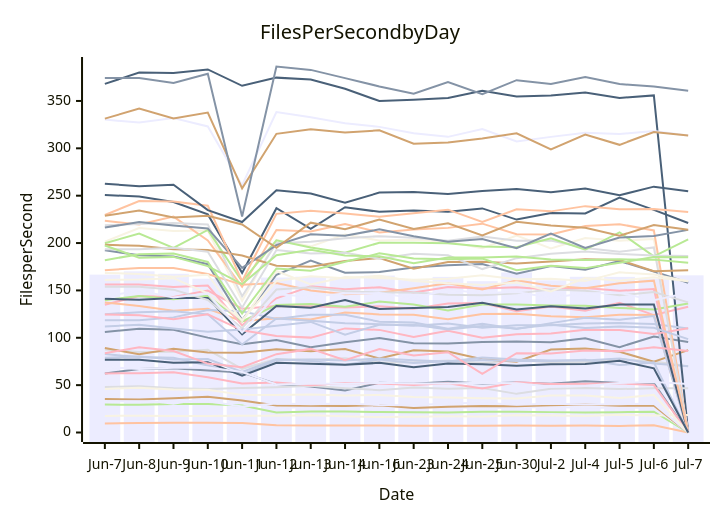
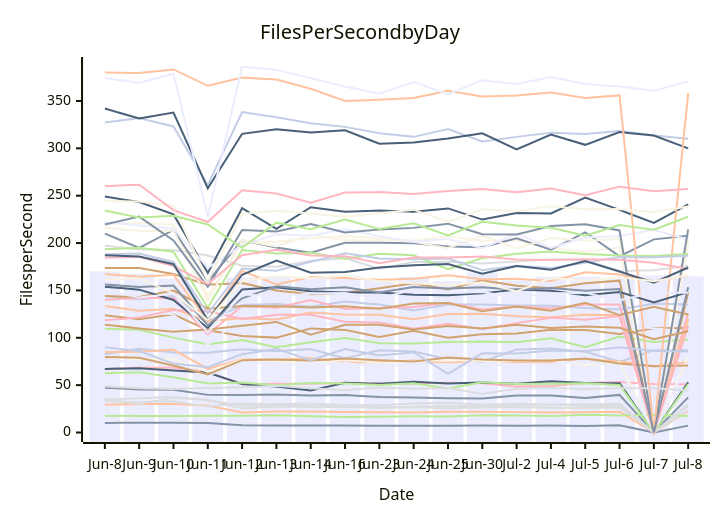
The diagram in perf-report.md (streetsidesoftware/cspell), drawn with Mermaid before and after one commit. The commit also changed other lines of this file and 1 other file, not shown here.

````diff
--- a/perf-report.md
+++ b/perf-report.md
@@ -10,57 +10,57 @@
 ```mermaid
 xychart-beta
     title Files Per Second by Day
     y-axis Files per Second
-    x-axis Date [Jun-7, Jun-8, Jun-9, Jun-10, Jun-11, Jun-12, Jun-13, Jun-14, Jun-16, Jun-23, Jun-24, Jun-25, Jun-30, Jul-2, Jul-4, Jul-5, Jul-6, Jul-7]
-    bar [166.67, 170.13, 167.55, 162.35, 108.94, 163.62, 164.52, 162.91, 165.65, 161.06, 164.28, 159.75, 168.95, 160.66, 164.38, 164.27, 162.48, 165.90]
-    line [106.22, 109.49, 108.40, 100.17, 93.09, 97.72, 89.92, 95.33, 99.63, 94.35, 94.02, 95.44, 96.15, 95.34, 99.55, 90.07, 101.41, 95.54]
-    line [9.49, 10.16, 10.41, 10.23, 10.15, 7.58, 7.35, 7.42, 7.28, 7.12, 7.22, 7.17, 7.37, 7.23, 7.36, 6.99, 7.61, 0.00]
-    line [87.59, 84.94, 85.33, 87.27, 67.23, 77.70, 76.81, 78.39, 74.00, 74.26, 76.13, 73.45, 76.23, 74.07, 74.35, 77.62, 75.07, 70.03]
-    line [29.49, 29.31, 30.11, 30.11, 28.55, 21.08, 22.04, 22.18, 21.66, 21.30, 21.15, 22.00, 21.90, 21.51, 21.13, 21.43, 22.00, 0.00]
-    line [89.11, 82.67, 88.45, 84.36, 84.11, 87.88, 85.81, 88.09, 78.16, 86.88, 85.49, 77.34, 74.76, 87.51, 88.59, 85.26, 74.62, 86.95]
-    line [82.81, 79.64, 79.01, 70.82, 61.30, 76.37, 77.13, 76.03, 78.06, 76.22, 74.88, 79.14, 76.99, 75.88, 76.09, 78.08, 72.78, 69.82]
-    line [134.96, 144.03, 143.02, 149.83, 130.69, 133.43, 133.31, 131.91, 133.18, 130.59, 136.24, 136.67, 127.99, 132.91, 128.52, 136.97, 123.97, 132.77]
-    line [368.01, 380.10, 379.55, 383.29, 365.99, 374.63, 372.72, 362.93, 349.94, 351.35, 353.13, 360.69, 354.83, 355.80, 359.03, 353.22, 355.88, 0.00]
-    line [17.51, 17.66, 17.41, 17.50, 17.71, 17.68, 18.34, 17.12, 16.25, 16.59, 17.11, 17.00, 18.16, 17.94, 17.30, 18.64, 18.07, 18.36]
-    line [33.08, 34.79, 30.45, 36.74, 34.61, 25.22, 27.49, 26.99, 26.84, 26.60, 26.95, 25.71, 26.35, 26.84, 26.11, 26.06, 26.52, 0.00]
-    line [62.38, 67.14, 67.89, 65.57, 63.26, 51.25, 48.63, 44.36, 52.41, 51.44, 53.68, 51.84, 52.69, 51.50, 53.98, 52.25, 52.09, 0.00]
-    line [137.33, 133.44, 128.55, 130.54, 117.59, 120.60, 119.36, 126.68, 124.68, 124.29, 119.55, 125.16, 125.39, 122.70, 121.73, 124.30, 123.97, 0.00]
-    line [48.02, 48.77, 46.64, 45.94, 46.92, 47.88, 49.42, 46.70, 44.72, 47.61, 46.18, 46.86, 40.79, 46.17, 47.03, 45.86, 46.70, 46.74]
-    line [139.73, 144.07, 140.57, 144.39, 117.16, 134.67, 135.55, 132.71, 138.18, 135.01, 128.78, 135.00, 135.05, 134.05, 133.73, 131.56, 129.78, 136.12]
-    line [35.30, 34.77, 36.25, 37.82, 33.71, 28.61, 28.16, 28.05, 28.76, 25.82, 27.29, 28.03, 27.82, 28.74, 29.48, 28.36, 28.34, 0.00]
-    line [124.88, 126.90, 127.99, 124.73, 92.95, 120.36, 118.07, 115.35, 114.38, 112.71, 115.12, 110.67, 113.20, 113.18, 115.07, 115.63, 114.45, 109.79]
-    line [62.31, 62.61, 63.50, 58.41, 51.82, 52.68, 49.85, 52.20, 51.85, 50.23, 51.87, 46.40, 53.06, 51.19, 51.40, 51.86, 50.10, 0.00]
-    line [250.72, 249.07, 243.35, 230.21, 168.52, 236.78, 215.01, 237.87, 232.93, 234.34, 233.01, 236.58, 224.78, 231.59, 231.28, 247.94, 235.03, 221.17]
-    line [201.57, 215.78, 212.77, 213.18, 139.00, 202.99, 196.51, 209.12, 202.60, 203.46, 201.26, 194.60, 207.89, 194.40, 205.29, 202.49, 204.26, 0.00]
-    line [32.77, 33.08, 31.95, 32.91, 27.58, 30.74, 29.76, 30.63, 29.07, 28.80, 30.64, 31.41, 29.25, 30.37, 29.62, 29.89, 30.35, 0.00]
-    line [192.45, 187.05, 185.74, 177.64, 118.63, 166.53, 181.43, 168.60, 169.42, 174.24, 176.57, 177.80, 167.68, 175.75, 171.75, 180.95, 169.97, 158.13]
-    line [223.48, 219.68, 227.92, 202.72, 153.79, 213.73, 212.23, 220.18, 211.27, 214.37, 216.02, 220.47, 209.37, 208.94, 217.94, 219.88, 213.33, 0.00]
-    line [218.89, 220.13, 221.21, 219.70, 143.90, 199.78, 201.47, 205.17, 207.22, 205.60, 202.43, 207.02, 202.54, 202.72, 194.67, 190.86, 195.33, 0.00]
-    line [199.83, 209.95, 194.96, 213.85, 159.52, 202.89, 195.38, 189.84, 200.33, 200.19, 199.73, 196.39, 195.67, 205.11, 192.90, 211.35, 185.93, 203.88]
-    line [198.16, 197.09, 193.40, 192.55, 186.93, 176.04, 174.92, 181.06, 184.11, 172.84, 180.05, 180.38, 178.52, 180.47, 182.90, 182.10, 170.31, 171.39]
-    line [118.40, 118.39, 121.53, 129.30, 127.90, 119.77, 124.29, 124.35, 117.01, 116.01, 109.65, 114.81, 109.29, 115.47, 121.09, 119.06, 122.86, 0.00]
-    line [156.27, 156.23, 153.60, 155.11, 113.07, 141.70, 154.36, 151.21, 153.33, 147.83, 153.51, 152.15, 153.26, 150.82, 152.56, 149.61, 151.37, 0.00]
-    line [141.18, 140.04, 142.05, 141.88, 103.59, 133.58, 131.67, 139.76, 130.35, 131.39, 132.60, 136.92, 129.95, 133.16, 130.87, 135.23, 135.13, 0.00]
-    line [46.01, 47.36, 45.48, 45.06, 39.72, 39.47, 40.00, 39.07, 39.70, 37.48, 36.99, 36.10, 35.86, 38.94, 38.99, 36.38, 39.71, 0.00]
-    line [330.40, 327.16, 331.90, 323.14, 261.07, 338.35, 332.69, 326.37, 322.64, 316.02, 312.10, 320.45, 307.34, 312.08, 316.35, 315.20, 318.22, 313.66]
-    line [216.34, 222.20, 218.63, 215.45, 173.74, 197.78, 209.33, 207.61, 214.45, 207.28, 201.26, 204.34, 194.65, 210.00, 194.85, 205.89, 207.36, 213.92]
-    line [171.37, 173.71, 173.55, 167.26, 155.87, 157.93, 149.82, 145.84, 147.63, 152.29, 157.67, 151.07, 160.69, 154.94, 152.23, 157.47, 160.32, 0.00]
-    line [193.46, 193.48, 195.01, 190.90, 131.77, 192.67, 189.08, 189.64, 183.39, 188.80, 187.17, 172.53, 184.06, 188.67, 191.18, 188.53, 186.82, 186.30]
-    line [197.42, 184.56, 185.39, 175.70, 156.70, 187.10, 192.94, 186.79, 186.02, 178.80, 184.67, 184.84, 185.79, 182.56, 182.17, 182.82, 182.50, 179.12]
-    line [331.37, 341.98, 331.53, 337.68, 257.72, 315.29, 320.05, 316.70, 318.97, 304.83, 306.07, 310.41, 315.81, 298.93, 314.56, 303.69, 317.11, 313.48]
-    line [78.81, 80.33, 77.10, 77.48, 64.05, 77.39, 75.61, 71.46, 77.16, 73.34, 75.14, 76.59, 75.51, 75.45, 76.79, 71.21, 73.99, 0.00]
-    line [124.65, 123.68, 119.64, 124.80, 107.83, 101.96, 100.16, 109.91, 108.33, 100.84, 107.27, 100.09, 103.62, 104.63, 108.43, 108.27, 103.96, 110.08]
-    line [76.71, 76.80, 73.74, 74.27, 59.93, 73.62, 72.46, 71.40, 73.58, 68.82, 72.77, 72.13, 70.38, 72.17, 72.40, 75.76, 67.72, 0.00]
-    line [168.50, 167.45, 164.46, 166.51, 117.60, 170.47, 156.38, 164.16, 163.15, 161.29, 162.24, 165.87, 161.72, 162.26, 159.82, 169.05, 166.75, 159.60]
-    line [69.17, 67.00, 68.40, 68.60, 63.88, 50.72, 51.41, 51.47, 52.39, 51.73, 51.82, 52.39, 52.00, 48.43, 49.22, 52.34, 53.26, 51.10]
-    line [374.25, 374.25, 369.07, 378.68, 227.98, 386.38, 382.81, 374.09, 365.35, 357.60, 370.08, 357.07, 371.96, 367.90, 375.27, 367.85, 365.20, 360.83]
-    line [229.58, 244.42, 243.79, 239.33, 159.65, 230.81, 234.11, 231.13, 227.87, 231.36, 235.26, 222.40, 235.59, 233.45, 238.97, 235.75, 235.89, 232.86]
-    line [153.74, 153.91, 150.81, 139.91, 110.07, 150.95, 153.45, 149.19, 147.76, 147.78, 145.47, 144.87, 146.87, 151.06, 149.73, 144.88, 148.36, 137.35]
-    line [181.92, 188.23, 188.91, 180.00, 125.49, 173.22, 170.75, 180.24, 189.10, 183.71, 182.95, 183.62, 171.28, 176.05, 173.54, 179.14, 185.15, 184.99]
-    line [228.84, 234.29, 227.02, 228.77, 219.57, 195.02, 221.53, 214.60, 224.77, 214.79, 220.92, 207.92, 222.39, 218.49, 216.06, 207.77, 218.95, 214.11]
-    line [111.90, 113.82, 109.84, 106.42, 108.66, 112.63, 116.73, 103.14, 113.74, 113.71, 108.86, 112.34, 109.73, 113.68, 110.37, 111.97, 110.64, 98.54]
-    line [83.72, 89.94, 85.93, 72.73, 68.90, 82.72, 88.26, 76.41, 88.08, 81.29, 84.76, 61.88, 83.73, 83.48, 86.69, 85.83, 89.91, 85.92]
-    line [262.59, 260.07, 261.63, 234.80, 222.16, 255.69, 252.37, 242.53, 253.26, 253.77, 251.67, 255.05, 257.07, 253.64, 257.67, 250.47, 259.54, 254.67]
-    line [160.99, 161.40, 162.90, 146.98, 118.64, 159.81, 164.92, 162.77, 165.48, 159.81, 157.56, 155.70, 158.25, 148.90, 163.02, 160.27, 163.84, 159.78]
-    line [143.52, 149.79, 142.40, 146.80, 105.67, 145.87, 143.36, 146.61, 147.23, 141.81, 150.65, 147.20, 148.34, 142.33, 146.88, 147.38, 139.67, 147.57]
+    x-axis Date [Jun-8, Jun-9, Jun-10, Jun-11, Jun-12, Jun-13, Jun-14, Jun-16, Jun-23, Jun-24, Jun-25, Jun-30, Jul-2, Jul-4, Jul-5, Jul-6, Jul-7, Jul-8]
+    bar [170.13, 167.55, 162.35, 108.94, 163.62, 164.52, 162.91, 165.65, 161.06, 164.28, 159.75, 168.95, 160.66, 164.38, 164.27, 162.48, 165.90, 164.83]
+    line [10.16, 10.41, 10.23, 10.15, 7.58, 7.35, 7.42, 7.28, 7.12, 7.22, 7.17, 7.37, 7.23, 7.36, 6.99, 7.61, 0.00, 7.24]
+    line [29.31, 30.11, 30.11, 28.55, 21.08, 22.04, 22.18, 21.66, 21.30, 21.15, 22.00, 21.90, 21.51, 21.13, 21.43, 22.00, 0.00, 22.72]
+    line [34.79, 30.45, 36.74, 34.61, 25.22, 27.49, 26.99, 26.84, 26.60, 26.95, 25.71, 26.35, 26.84, 26.11, 26.06, 26.52, 0.00, 23.76]
+    line [109.49, 108.40, 100.17, 93.09, 97.72, 89.92, 95.33, 99.63, 94.35, 94.02, 95.44, 96.15, 95.34, 99.55, 90.07, 101.41, 95.54, 98.21]
+    line [123.68, 119.64, 124.80, 107.83, 101.96, 100.16, 109.91, 108.33, 100.84, 107.27, 100.09, 103.62, 104.63, 108.43, 108.27, 103.96, 110.08, 110.20]
+    line [82.67, 88.45, 84.36, 84.11, 87.88, 85.81, 88.09, 78.16, 86.88, 85.49, 77.34, 74.76, 87.51, 88.59, 85.26, 74.62, 86.95, 86.80]
+    line [67.00, 68.40, 68.60, 63.88, 50.72, 51.41, 51.47, 52.39, 51.73, 51.82, 52.39, 52.00, 48.43, 49.22, 52.34, 53.26, 51.10, 50.86]
+    line [67.14, 67.89, 65.57, 63.26, 51.25, 48.63, 44.36, 52.41, 51.44, 53.68, 51.84, 52.69, 51.50, 53.98, 52.25, 52.09, 0.00, 53.03]
+    line [220.13, 221.21, 219.70, 143.90, 199.78, 201.47, 205.17, 207.22, 205.60, 202.43, 207.02, 202.54, 202.72, 194.67, 190.86, 195.33, 0.00, 197.97]
+    line [126.90, 127.99, 124.73, 92.95, 120.36, 118.07, 115.35, 114.38, 112.71, 115.12, 110.67, 113.20, 113.18, 115.07, 115.63, 114.45, 109.79, 106.87]
+    line [47.36, 45.48, 45.06, 39.72, 39.47, 40.00, 39.07, 39.70, 37.48, 36.99, 36.10, 35.86, 38.94, 38.99, 36.38, 39.71, 0.00, 37.09]
+    line [84.94, 85.33, 87.27, 67.23, 77.70, 76.81, 78.39, 74.00, 74.26, 76.13, 73.45, 76.23, 74.07, 74.35, 77.62, 75.07, 70.03, 74.46]
+    line [197.09, 193.40, 192.55, 186.93, 176.04, 174.92, 181.06, 184.11, 172.84, 180.05, 180.38, 178.52, 180.47, 182.90, 182.10, 170.31, 171.39, 176.15]
+    line [17.66, 17.41, 17.50, 17.71, 17.68, 18.34, 17.12, 16.25, 16.59, 17.11, 17.00, 18.16, 17.94, 17.30, 18.64, 18.07, 18.36, 17.45]
+    line [173.71, 173.55, 167.26, 155.87, 157.93, 149.82, 145.84, 147.63, 152.29, 157.67, 151.07, 160.69, 154.94, 152.23, 157.47, 160.32, 0.00, 147.14]
+    line [144.07, 140.57, 144.39, 117.16, 134.67, 135.55, 132.71, 138.18, 135.01, 128.78, 135.00, 135.05, 134.05, 133.73, 131.56, 129.78, 136.12, 135.18]
+    line [140.04, 142.05, 141.88, 103.59, 133.58, 131.67, 139.76, 130.35, 131.39, 132.60, 136.92, 129.95, 133.16, 130.87, 135.23, 135.13, 0.00, 126.22]
+    line [249.07, 243.35, 230.21, 168.52, 236.78, 215.01, 237.87, 232.93, 234.34, 233.01, 236.58, 224.78, 231.59, 231.28, 247.94, 235.03, 221.17, 240.95]
+    line [80.33, 77.10, 77.48, 64.05, 77.39, 75.61, 71.46, 77.16, 73.34, 75.14, 76.59, 75.51, 75.45, 76.79, 71.21, 73.99, 0.00, 79.33]
+    line [76.80, 73.74, 74.27, 59.93, 73.62, 72.46, 71.40, 73.58, 68.82, 72.77, 72.13, 70.38, 72.17, 72.40, 75.76, 67.72, 0.00, 74.05]
+    line [209.95, 194.96, 213.85, 159.52, 202.89, 195.38, 189.84, 200.33, 200.19, 199.73, 196.39, 195.67, 205.11, 192.90, 211.35, 185.93, 203.88, 207.58]
+    line [133.44, 128.55, 130.54, 117.59, 120.60, 119.36, 126.68, 124.68, 124.29, 119.55, 125.16, 125.39, 122.70, 121.73, 124.30, 123.97, 0.00, 119.80]
+    line [34.77, 36.25, 37.82, 33.71, 28.61, 28.16, 28.05, 28.76, 25.82, 27.29, 28.03, 27.82, 28.74, 29.48, 28.36, 28.34, 0.00, 27.98]
+    line [62.61, 63.50, 58.41, 51.82, 52.68, 49.85, 52.20, 51.85, 50.23, 51.87, 46.40, 53.06, 51.19, 51.40, 51.86, 50.10, 0.00, 51.21]
+    line [79.64, 79.01, 70.82, 61.30, 76.37, 77.13, 76.03, 78.06, 76.22, 74.88, 79.14, 76.99, 75.88, 76.09, 78.08, 72.78, 69.82, 70.79]
+    line [327.16, 331.90, 323.14, 261.07, 338.35, 332.69, 326.37, 322.64, 316.02, 312.10, 320.45, 307.34, 312.08, 316.35, 315.20, 318.22, 313.66, 310.11]
+    line [118.39, 121.53, 129.30, 127.90, 119.77, 124.29, 124.35, 117.01, 116.01, 109.65, 114.81, 109.29, 115.47, 121.09, 119.06, 122.86, 0.00, 112.77]
+    line [341.98, 331.53, 337.68, 257.72, 315.29, 320.05, 316.70, 318.97, 304.83, 306.07, 310.41, 315.81, 298.93, 314.56, 303.69, 317.11, 313.48, 300.01]
+    line [215.78, 212.77, 213.18, 139.00, 202.99, 196.51, 209.12, 202.60, 203.46, 201.26, 194.60, 207.89, 194.40, 205.29, 202.49, 204.26, 0.00, 203.31]
+    line [222.20, 218.63, 215.45, 173.74, 197.78, 209.33, 207.61, 214.45, 207.28, 201.26, 204.34, 194.65, 210.00, 194.85, 205.89, 207.36, 213.92, 203.52]
+    line [219.68, 227.92, 202.72, 153.79, 213.73, 212.23, 220.18, 211.27, 214.37, 216.02, 220.47, 209.37, 208.94, 217.94, 219.88, 213.33, 0.00, 214.36]
+    line [380.10, 379.55, 383.29, 365.99, 374.63, 372.72, 362.93, 349.94, 351.35, 353.13, 360.69, 354.83, 355.80, 359.03, 353.22, 355.88, 0.00, 358.26]
+    line [33.08, 31.95, 32.91, 27.58, 30.74, 29.76, 30.63, 29.07, 28.80, 30.64, 31.41, 29.25, 30.37, 29.62, 29.89, 30.35, 0.00, 29.68]
+    line [193.48, 195.01, 190.90, 131.77, 192.67, 189.08, 189.64, 183.39, 188.80, 187.17, 172.53, 184.06, 188.67, 191.18, 188.53, 186.82, 186.30, 188.38]
+    line [144.03, 143.02, 149.83, 130.69, 133.43, 133.31, 131.91, 133.18, 130.59, 136.24, 136.67, 127.99, 132.91, 128.52, 136.97, 123.97, 132.77, 124.67]
+    line [188.23, 188.91, 180.00, 125.49, 173.22, 170.75, 180.24, 189.10, 183.71, 182.95, 183.62, 171.28, 176.05, 173.54, 179.14, 185.15, 184.99, 186.71]
+    line [184.56, 185.39, 175.70, 156.70, 187.10, 192.94, 186.79, 186.02, 178.80, 184.67, 184.84, 185.79, 182.56, 182.17, 182.82, 182.50, 179.12, 172.62]
+    line [153.91, 150.81, 139.91, 110.07, 150.95, 153.45, 149.19, 147.76, 147.78, 145.47, 144.87, 146.87, 151.06, 149.73, 144.88, 148.36, 137.35, 148.23]
+    line [244.42, 243.79, 239.33, 159.65, 230.81, 234.11, 231.13, 227.87, 231.36, 235.26, 222.40, 235.59, 233.45, 238.97, 235.75, 235.89, 232.86, 238.48]
+    line [374.25, 369.07, 378.68, 227.98, 386.38, 382.81, 374.09, 365.35, 357.60, 370.08, 357.07, 371.96, 367.90, 375.27, 367.85, 365.20, 360.83, 370.59]
+    line [156.23, 153.60, 155.11, 113.07, 141.70, 154.36, 151.21, 153.33, 147.83, 153.51, 152.15, 153.26, 150.82, 152.56, 149.61, 151.37, 0.00, 153.34]
+    line [167.45, 164.46, 166.51, 117.60, 170.47, 156.38, 164.16, 163.15, 161.29, 162.24, 165.87, 161.72, 162.26, 159.82, 169.05, 166.75, 159.60, 165.64]
+    line [48.77, 46.64, 45.94, 46.92, 47.88, 49.42, 46.70, 44.72, 47.61, 46.18, 46.86, 40.79, 46.17, 47.03, 45.86, 46.70, 46.74, 44.23]
+    line [234.29, 227.02, 228.77, 219.57, 195.02, 221.53, 214.60, 224.77, 214.79, 220.92, 207.92, 222.39, 218.49, 216.06, 207.77, 218.95, 214.11, 227.80]
+    line [113.82, 109.84, 106.42, 108.66, 112.63, 116.73, 103.14, 113.74, 113.71, 108.86, 112.34, 109.73, 113.68, 110.37, 111.97, 110.64, 98.54, 106.95]
+    line [89.94, 85.93, 72.73, 68.90, 82.72, 88.26, 76.41, 88.08, 81.29, 84.76, 61.88, 83.73, 83.48, 86.69, 85.83, 89.91, 85.92, 85.41]
+    line [260.07, 261.63, 234.80, 222.16, 255.69, 252.37, 242.53, 253.26, 253.77, 251.67, 255.05, 257.07, 253.64, 257.67, 250.47, 259.54, 254.67, 257.07]
+    line [187.05, 185.74, 177.64, 118.63, 166.53, 181.43, 168.60, 169.42, 174.24, 176.57, 177.80, 167.68, 175.75, 171.75, 180.95, 169.97, 158.13, 174.21]
+    line [161.40, 162.90, 146.98, 118.64, 159.81, 164.92, 162.77, 165.48, 159.81, 157.56, 155.70, 158.25, 148.90, 163.02, 160.27, 163.84, 159.78, 166.09]
+    line [149.79, 142.40, 146.80, 105.67, 145.87, 143.36, 146.61, 147.23, 141.81, 150.65, 147.20, 148.34, 142.33, 146.88, 147.38, 139.67, 147.57, 147.61]
 ```
````
